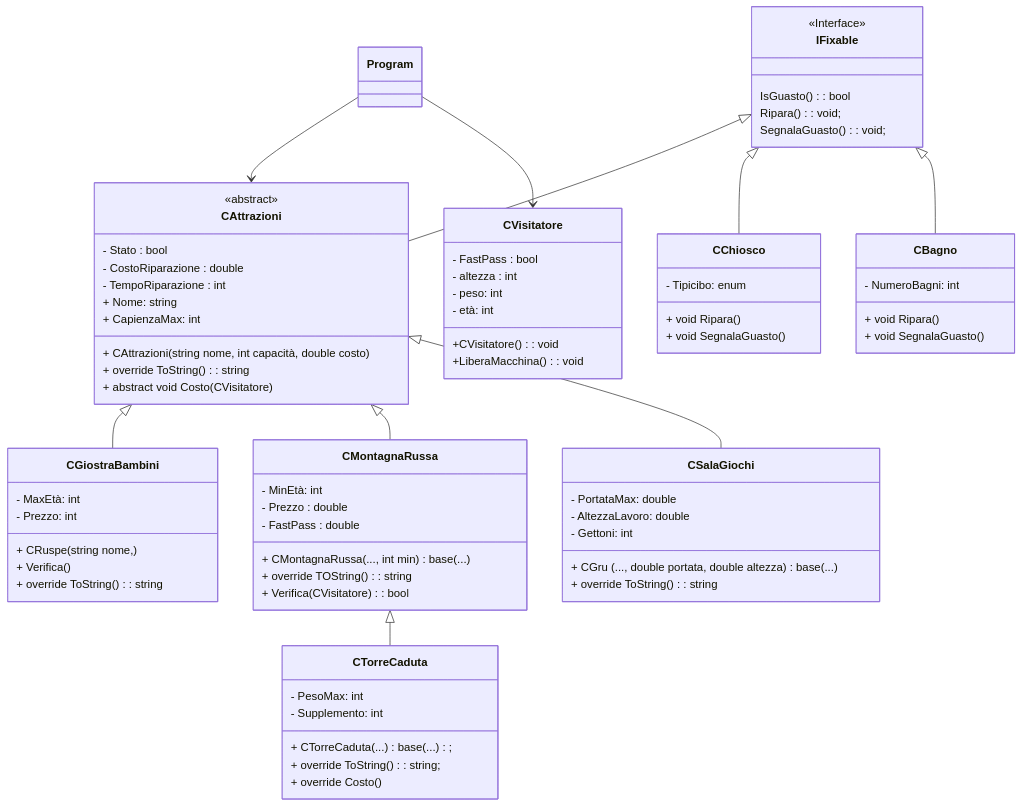
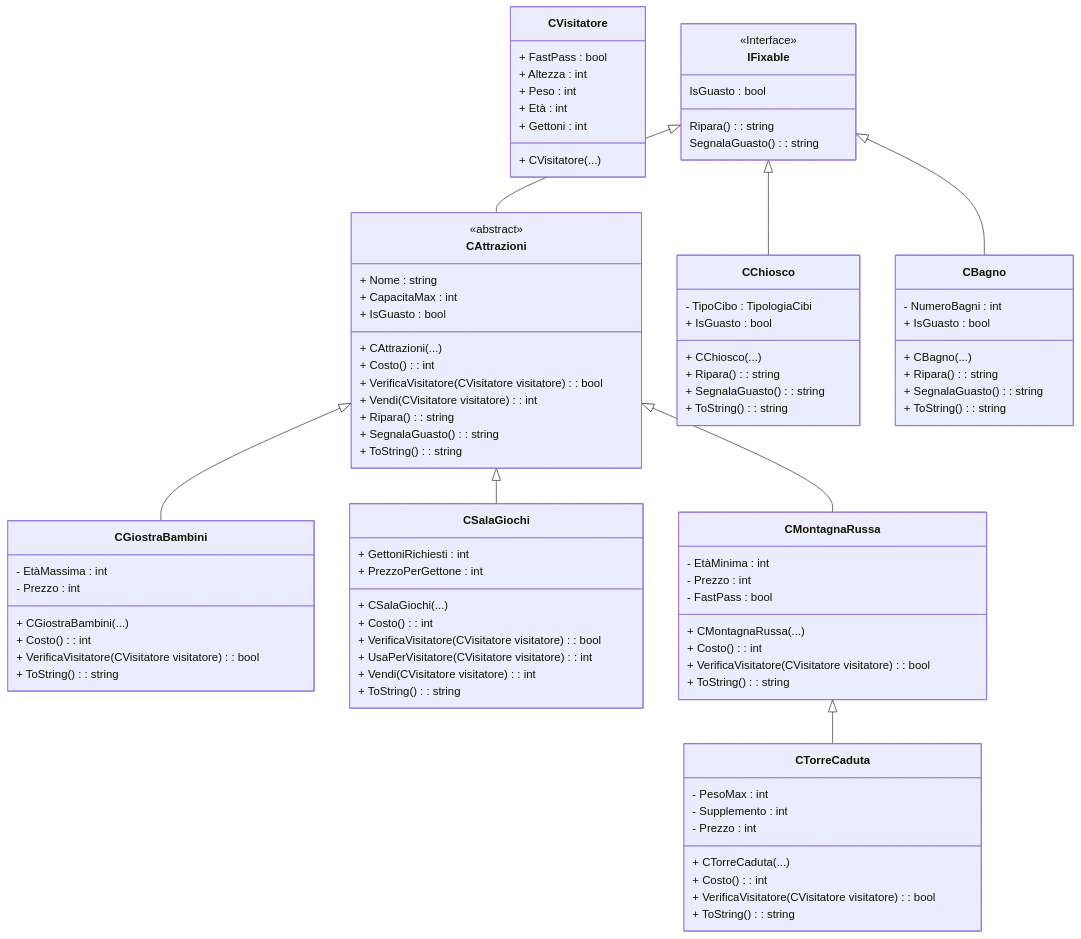
The diagram in esFantasilandia/esFantasilandiaUML.md (Loren-France/VisualStudio_C-_4BII_2026-2027), drawn with Mermaid before and after one commit. The commit also changed 1 other file, not shown here.

Commit message:
Commit finale con adattamento del UML

````diff
--- a/esFantasilandia/esFantasilandiaUML.md
+++ b/esFantasilandia/esFantasilandiaUML.md
@@ -1,90 +1,93 @@
 ```mermaid
 classDiagram
-    %% Lista di Interfacce
-    %% CLASSI PRINCIPALI
     class CAttrazioni {
         <<abstract>>
-        - Stato : bool
-        - CostoRiparazione : double
-        - TempoRiparazione : int
-        + Nome: string
-        + CapienzaMax: int
-
-        + CAttrazioni(string nome, int capacità, double costo)
-        + override ToString() : string
-        + abstract void Costo(CVisitatore)
+        + Nome : string
+        + CapacitaMax : int
+        + IsGuasto : bool
+        + CAttrazioni(...)
+        + Costo() : int
+        + VerificaVisitatore(CVisitatore visitatore) : bool
+        + Vendi(CVisitatore visitatore) : int
+        + Ripara() : string
+        + SegnalaGuasto() : string
+        + ToString() : string
     }
 
     class CGiostraBambini {
-        - MaxEtà: int
-        - Prezzo: int
-
-        + CRuspe (string nome, )
-        + Verifica()
-        + override ToString() : string
+        - EtàMassima : int
+        - Prezzo : int
+        + CGiostraBambini(...)
+        + Costo() : int
+        + VerificaVisitatore(CVisitatore visitatore) : bool
+        + ToString() : string
     }
 
     class CSalaGiochi {
-        - PortataMax: double
-        - AltezzaLavoro: double
-        - Gettoni: int
-
-        + CGru (..., double portata, double altezza) : base(...)
-        + override ToString() : string
+        + GettoniRichiesti : int
+        + PrezzoPerGettone : int
+        + CSalaGiochi(...)
+        + Costo() : int
+        + VerificaVisitatore(CVisitatore visitatore) : bool
+        + UsaPerVisitatore(CVisitatore visitatore) : int
+        + Vendi(CVisitatore visitatore) : int
+        + ToString() : string
     }
 
     class CMontagnaRussa {
-        - MinEtà: int
-        - Prezzo : double
-        - FastPass : double
-
-        + CMontagnaRussa(..., int min) : base(...)
-        + override TOString() : string
-        + Verifica(CVisitatore) : bool
+        - EtàMinima : int
+        - Prezzo : int
+        - FastPass : bool
+        + CMontagnaRussa(...)
+        + Costo() : int
+        + VerificaVisitatore(CVisitatore visitatore) : bool
+        + ToString() : string
     }
 
     class CTorreCaduta {
-        - PesoMax: int
-        - Supplemento: int
-
-        + CTorreCaduta(...) : base (...) ;
-        + override ToString(): string;
-        + override Costo()
+        - PesoMax : int
+        - Supplemento : int
+        - Prezzo : int
+        + CTorreCaduta(...)
+        + Costo() : int
+        + VerificaVisitatore(CVisitatore visitatore) : bool
+        + ToString() : string
     }
 
     class CVisitatore{
-        - FastPass : bool
-        - altezza : int
-        - peso: int
-        - età: int
-
-        +CVisitatore(): void
-        +LiberaMacchina(): void
+        + FastPass : bool
+        + Altezza : int
+        + Peso : int
+        + Età : int
+        + Gettoni : int
+        + CVisitatore(...)
     }
 
     class IFixable {
         <<Interface>>
-        IsGuasto(): bool
-
-        Ripara() : void;
-        SegnalaGuasto() : void;
+        IsGuasto : bool
+        Ripara() : string
+        SegnalaGuasto() : string
     }
 
-    class CChiosco{
-        - Tipicibo: enum
-        
-        + void Ripara()
-        + void SegnalaGuasto() 
+    class CChiosco {
+        - TipoCibo : TipologiaCibi
+        + IsGuasto : bool
+        + CChiosco(...)
+        + Ripara() : string
+        + SegnalaGuasto() : string
+        + ToString() : string
     }
 
-    class CBagno{
-        - NumeroBagni: int
-
-        + void Ripara()
-        + void SegnalaGuasto() 
+    class CBagno {
+        - NumeroBagni : int
+        + IsGuasto : bool
+        + CBagno(...)
+        + Ripara() : string
+        + SegnalaGuasto() : string
+        + ToString() : string
     }
 
-    %% EREDITARIETÀ
     IFixable <|-- CAttrazioni
     IFixable <|-- CChiosco
     IFixable <|-- CBagno
@@ -92,8 +95,4 @@
     CAttrazioni <|-- CMontagnaRussa
     CAttrazioni <|-- CSalaGiochi
     CMontagnaRussa <|-- CTorreCaduta
-
-    %% Program usa le classi ma non le possiede
-    Program --> CAttrazioni
-    Program --> CVisitatore
 ```
````
